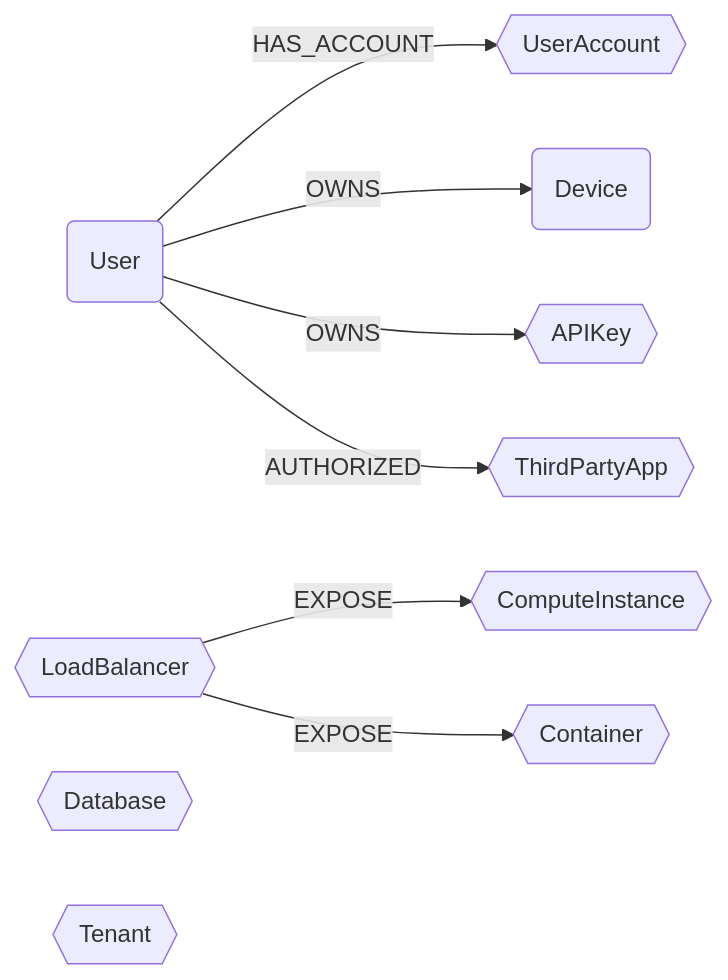
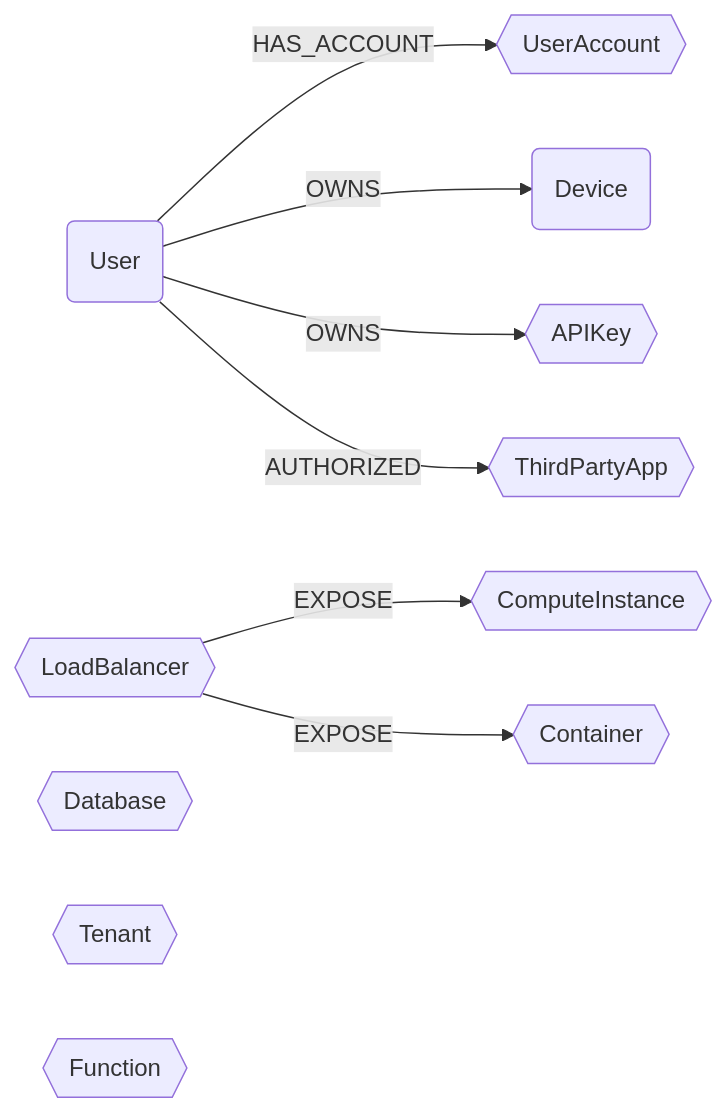
Before and after one commit to cartography-cncf/cartography: the diagram in docs/root/modules/ontology/schema.md, drawn with Mermaid. The commit also changed other lines of this file and 8 other files, not shown here.

````diff
--- a/docs/root/modules/ontology/schema.md
+++ b/docs/root/modules/ontology/schema.md
@@ -6,12 +6,13 @@
 ```mermaid
 graph LR
 
 U(User) -- HAS_ACCOUNT --> UA{{UserAccount}}
 U -- OWNS --> CC(Device)
 U -- OWNS --> AK{{APIKey}}
 U -- AUTHORIZED --> OA{{ThirdPartyApp}}
 LB{{LoadBalancer}} -- EXPOSE --> CI{{ComputeInstance}}
 LB -- EXPOSE --> CT{{Container}}
 DB{{Database}}
 TN{{Tenant}}
+FN{{Function}}
 ```
````
